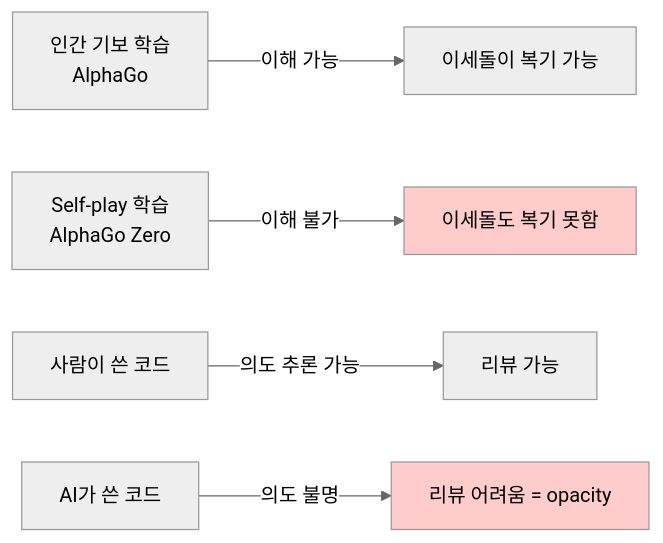
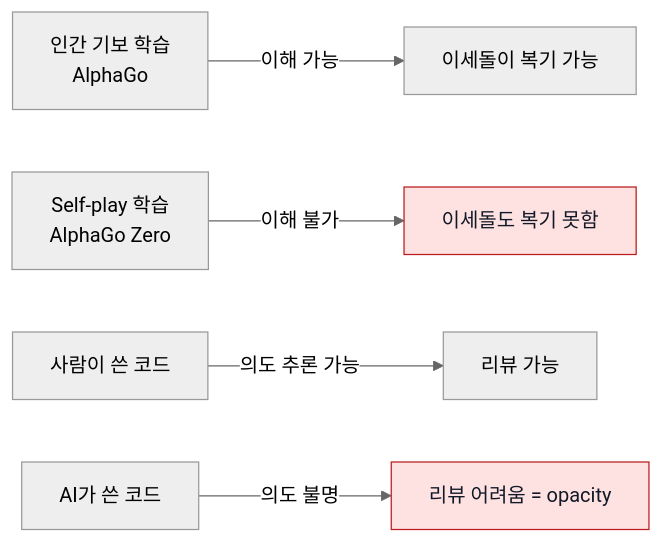
One commit to Jimmy-Jung/ai-symbiote changed the first of 12 diagrams in docs/09-검증-레이어-동작원리.md. Above: the diagram before and after it, drawn with Mermaid (neutral theme). The commit also changed other lines of this file and 10 other files, not shown here.

Commit message:
docs(mermaid): 다이어그램 대비 색상 개선

````diff
--- a/docs/09-검증-레이어-동작원리.md
+++ b/docs/09-검증-레이어-동작원리.md
@@ -36,11 +36,11 @@
 ```mermaid
 flowchart LR
     A["인간 기보 학습<br/>AlphaGo"] -->|이해 가능| B["이세돌이 복기 가능"]
     C["Self-play 학습<br/>AlphaGo Zero"] -->|이해 불가| D["이세돌도 복기 못함"]
 
     E["사람이 쓴 코드"] -->|의도 추론 가능| F["리뷰 가능"]
     G["AI가 쓴 코드"] -->|의도 불명| H["리뷰 어려움 = opacity"]
 
-    style H fill:#ffcccc
-    style D fill:#ffcccc
+    style H fill:#fee2e2,stroke:#b91c1c,color:#111827
+    style D fill:#fee2e2,stroke:#b91c1c,color:#111827
 ```
````
